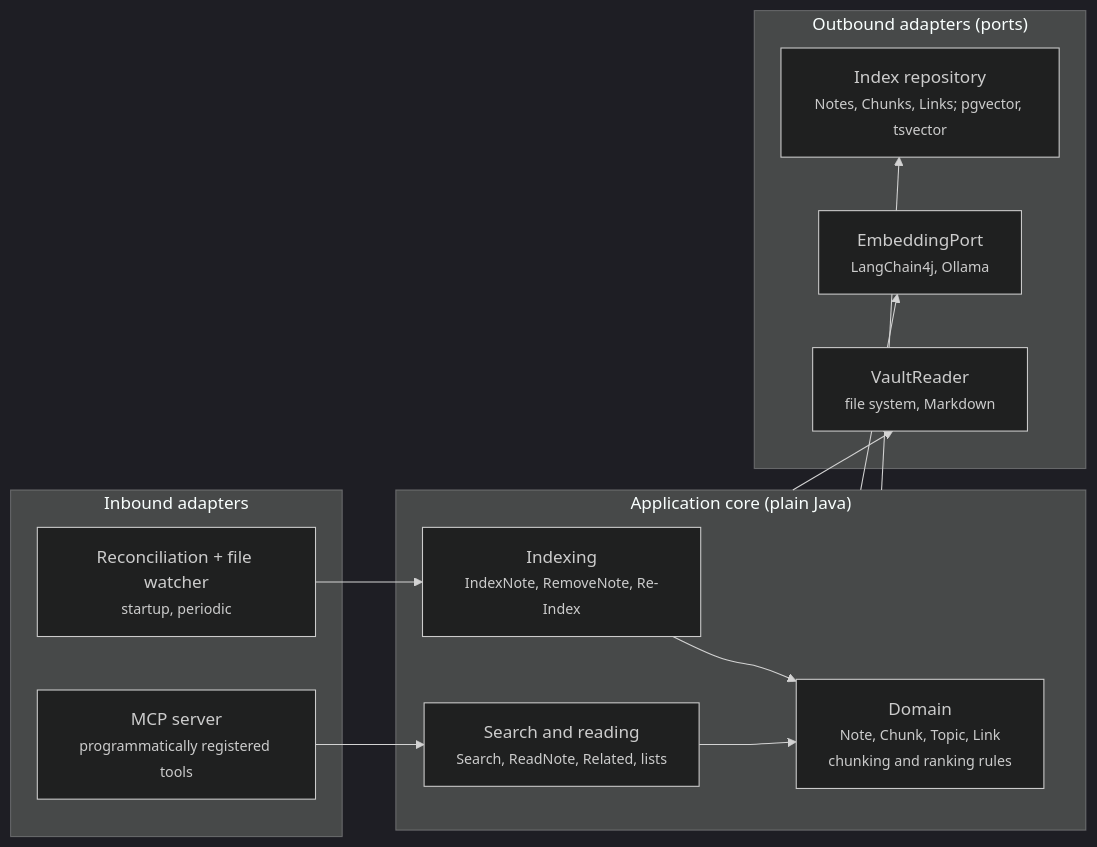
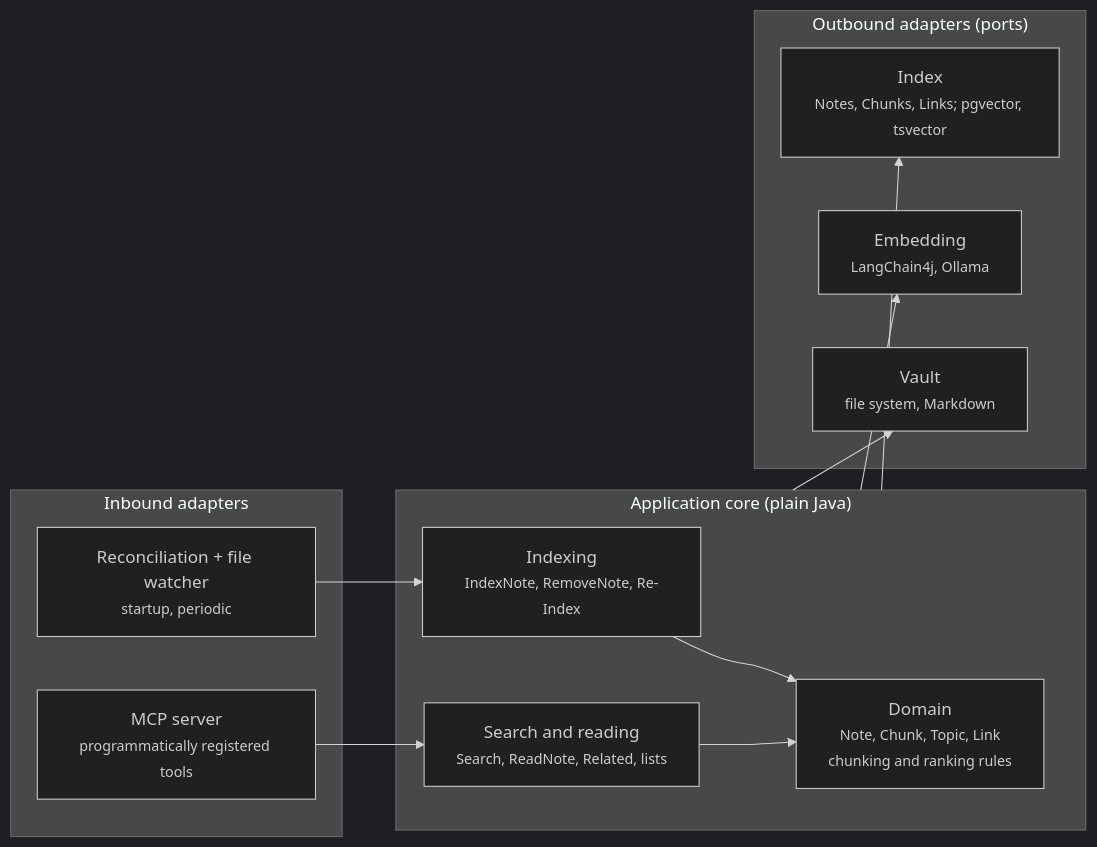
One commit to Luca-Blum/obsidian-knowledge-mcp changed the third of 3 diagrams in docs/architecture.md. Above: the diagram before and after it, drawn with Mermaid (dark theme). The commit also changed other lines of this file and 11 other files, not shown here.

````diff
--- a/docs/architecture.md
+++ b/docs/architecture.md
@@ -169,24 +169,24 @@
 ```mermaid
 flowchart LR
     subgraph In["Inbound adapters"]
         rec["Reconciliation + file watcher<br/><small>startup, periodic</small>"]
         mcp["MCP server<br/><small>programmatically registered tools</small>"]
     end
     subgraph Core["Application core (plain Java)"]
         ucIndex["Indexing<br/><small>IndexNote, RemoveNote, Re-Index</small>"]
         ucSearch["Search and reading<br/><small>Search, ReadNote, Related, lists</small>"]
         domain["Domain<br/><small>Note, Chunk, Topic, Link<br/>chunking and ranking rules</small>"]
         ucIndex --> domain
         ucSearch --> domain
     end
     subgraph Out["Outbound adapters (ports)"]
-        reader["VaultReader<br/><small>file system, Markdown</small>"]
-        emb["EmbeddingPort<br/><small>LangChain4j, Ollama</small>"]
-        repo["Index repository<br/><small>Notes, Chunks, Links; pgvector, tsvector</small>"]
+        reader["Vault<br/><small>file system, Markdown</small>"]
+        emb["Embedding<br/><small>LangChain4j, Ollama</small>"]
+        repo["Index<br/><small>Notes, Chunks, Links; pgvector, tsvector</small>"]
     end
     rec --> ucIndex
     mcp --> ucSearch
     Core --> reader
     Core --> emb
     Core --> repo
 ```
````
